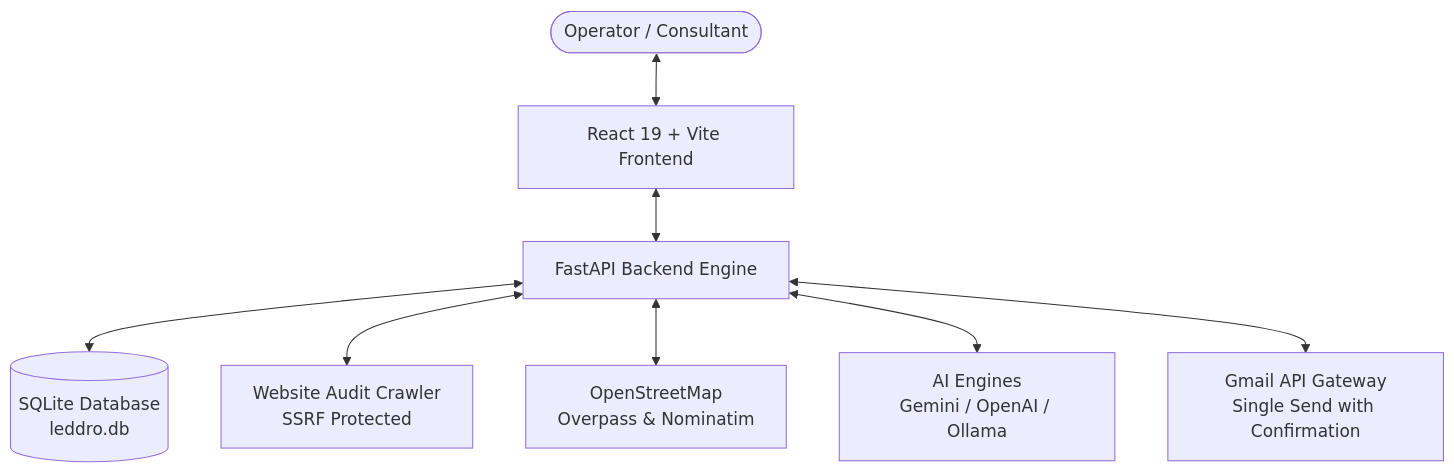
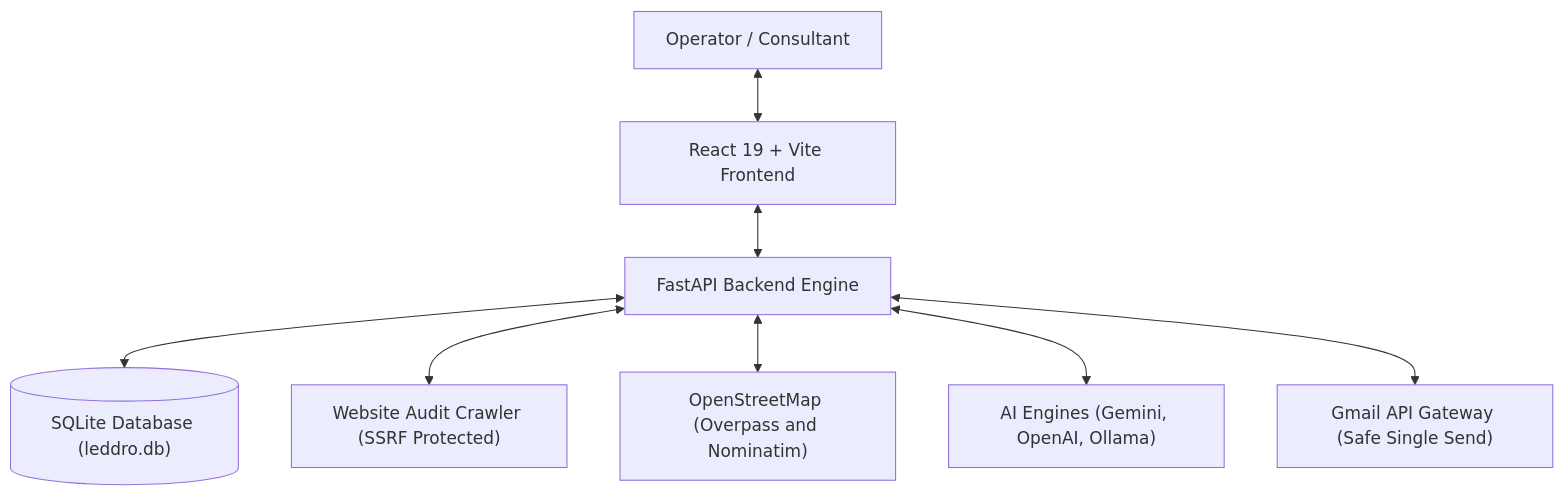
The diagram in README.md (PrajwalTheCoder/Leddro), drawn with Mermaid before and after one commit.

Commit message:
docs(readme): fix Mermaid diagram syntax by quoting labels and escaping reserved operator

````diff
--- a/README.md
+++ b/README.md
@@ -523,10 +523,10 @@
 ```mermaid
 flowchart TD
-    User([Operator / Consultant]) <--> UI[React 19 + Vite Frontend]
-    UI <--> API[FastAPI Backend Engine]
-    API <--> DB[(SQLite Database\nleddro.db)]
-    API <--> Audits[Website Audit Crawler\nSSRF Protected]
-    API <--> Discovery[OpenStreetMap\nOverpass & Nominatim]
-    API <--> AI[AI Engines\nGemini / OpenAI / Ollama]
-    API <--> Gmail[Gmail API Gateway\nSingle Send with Confirmation]
+    User["Operator / Consultant"] <--> UI["React 19 + Vite Frontend"]
+    UI <--> API["FastAPI Backend Engine"]
+    API <--> DB[("SQLite Database (leddro.db)")]
+    API <--> Audits["Website Audit Crawler (SSRF Protected)"]
+    API <--> Discovery["OpenStreetMap (Overpass and Nominatim)"]
+    API <--> AI["AI Engines (Gemini, OpenAI, Ollama)"]
+    API <--> Gmail["Gmail API Gateway (Safe Single Send)"]
 ```
````
